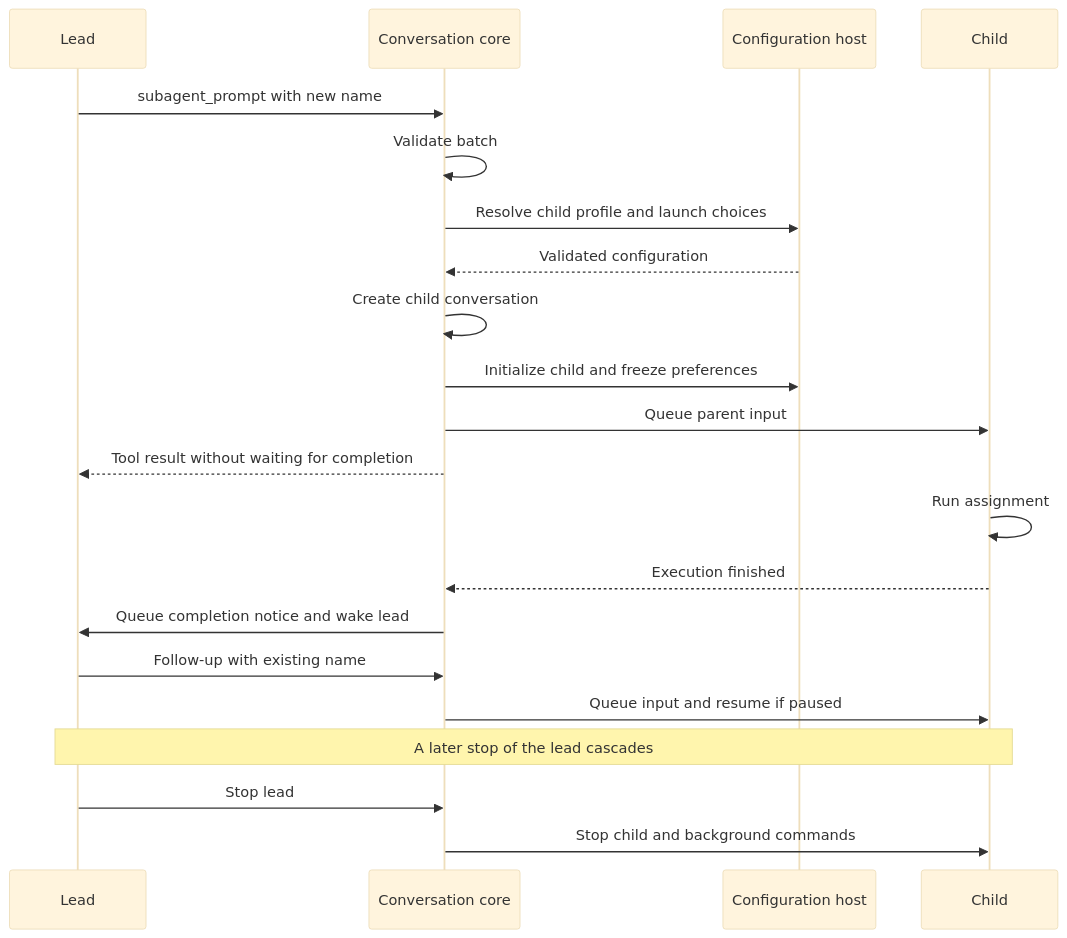
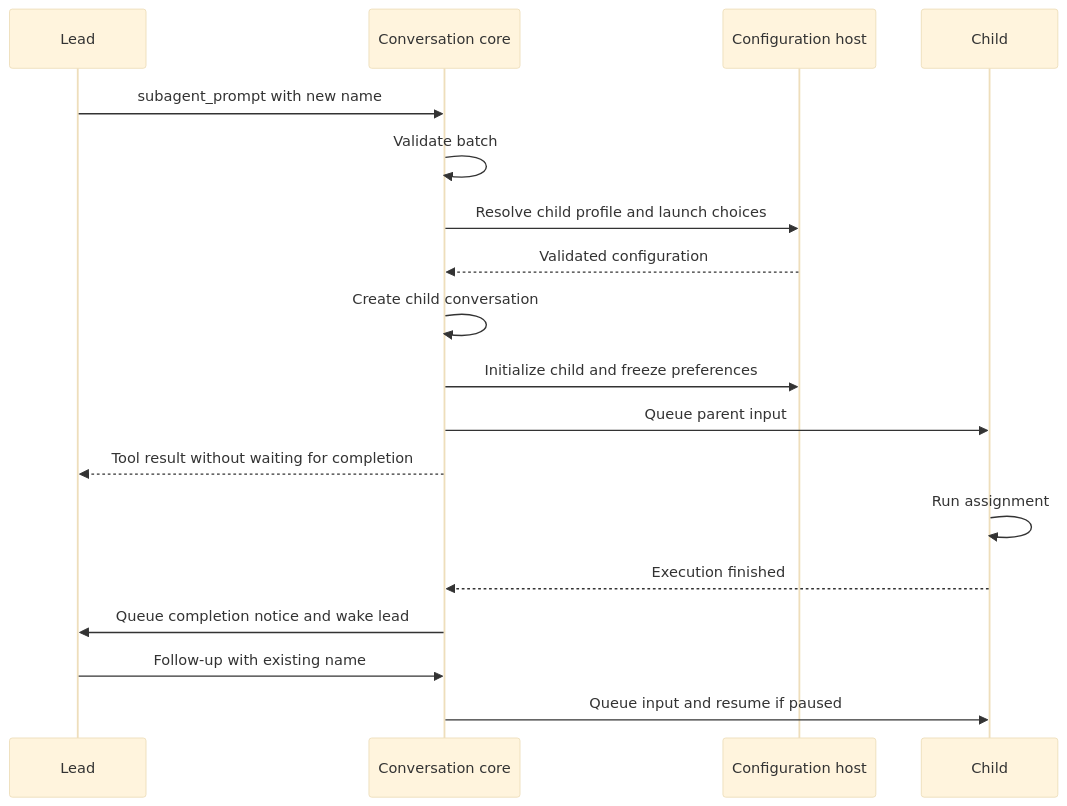
One commit to ThilinaTLM/nerve changed the diagram in docs/architecture/conversation-core/delegation.md. Above: the diagram before and after it, drawn with Mermaid (base theme). The commit also changed other lines of this file and 28 other files, not shown here.

First line of the commit message:
docs: tighten architecture docs and remove implemented fork proposal

````diff
--- a/docs/architecture/conversation-core/delegation.md
+++ b/docs/architecture/conversation-core/delegation.md
@@ -80,23 +49,20 @@
 ```mermaid
 sequenceDiagram
     participant L as Lead
     participant C as Conversation core
     participant H as Configuration host
     participant S as Child
     L->>C: subagent_prompt with new name
     C->>C: Validate batch
     C->>H: Resolve child profile and launch choices
     H-->>C: Validated configuration
     C->>C: Create child conversation
     C->>H: Initialize child and freeze preferences
     C->>S: Queue parent input
     C-->>L: Tool result without waiting for completion
     S->>S: Run assignment
     S-->>C: Execution finished
     C->>L: Queue completion notice and wake lead
     L->>C: Follow-up with existing name
     C->>S: Queue input and resume if paused
-    Note over L,S: A later stop of the lead cascades
-    L->>C: Stop lead
-    C->>S: Stop child and background commands
 ```
````
